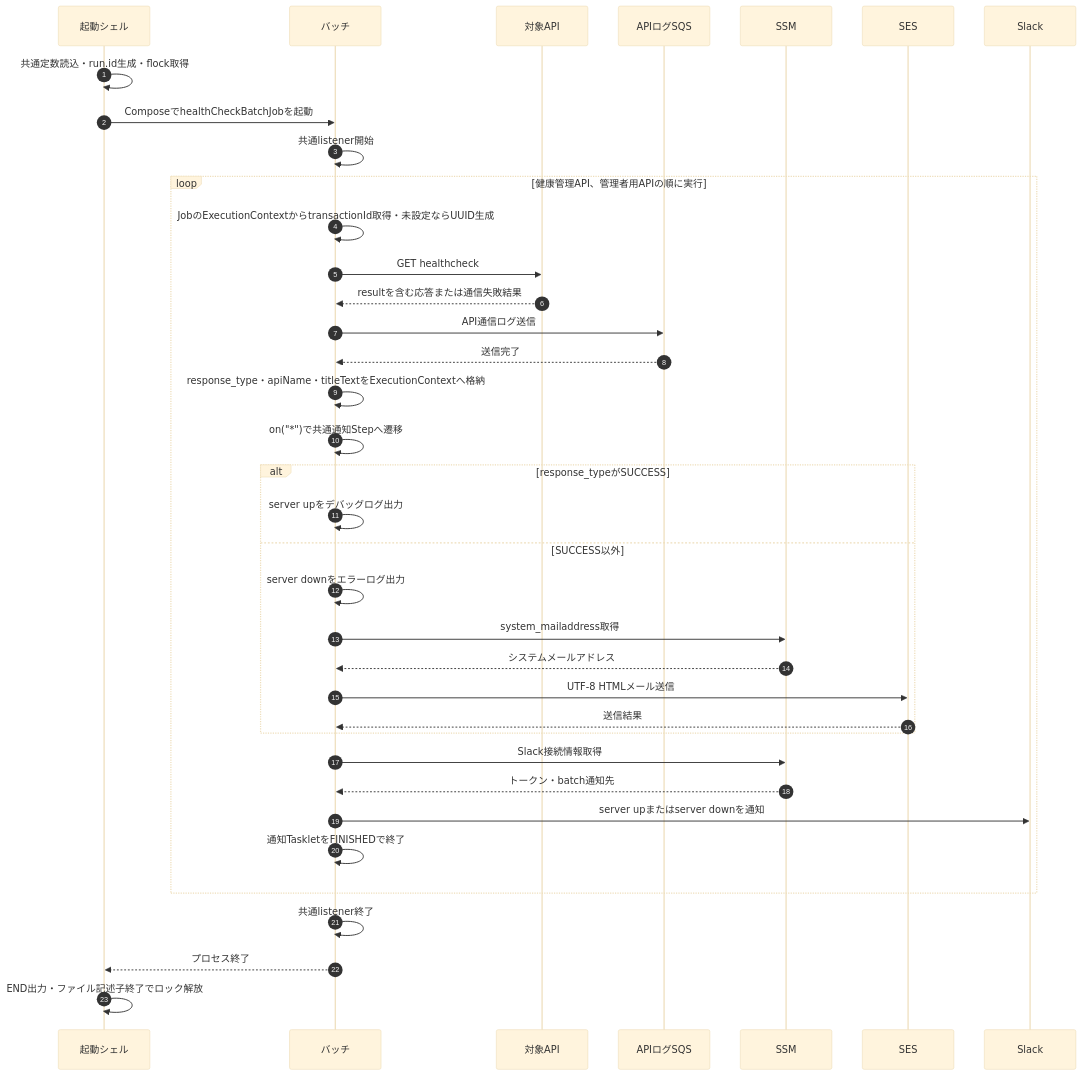
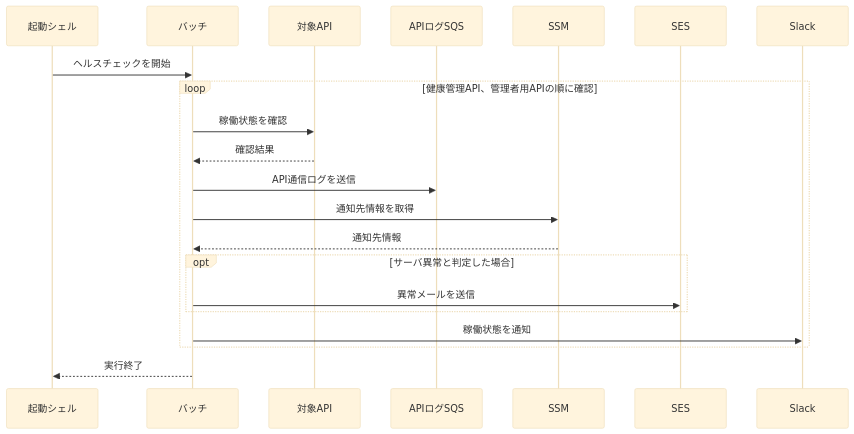
The first of 2 diagrams in ha-docs/design/03_batch/設計書_3.1.ヘルスチェックバッチ.md (kohei-okazaki/work-3g), drawn with Mermaid (base theme) before and after one commit. The commit also changed other lines of this file and 67 other files, not shown here.

````diff
--- a/ha-docs/design/03_batch/設計書_3.1.ヘルスチェックバッチ.md
+++ b/ha-docs/design/03_batch/設計書_3.1.ヘルスチェックバッチ.md
@@ -53,39 +12,23 @@
 ```mermaid
 sequenceDiagram
-    autonumber
     participant S as 起動シェル
     participant B as バッチ
     participant A as 対象API
     participant Q as APIログSQS
     participant P as SSM
     participant M as SES
     participant N as Slack
-    S->>S: 共通定数読込・run.id生成・flock取得
-    S->>B: ComposeでhealthCheckBatchJobを起動
-    B->>B: 共通listener開始
-    loop 健康管理API、管理者用APIの順に実行
-        B->>B: JobのExecutionContextからtransactionId取得・未設定ならUUID生成
-        B->>A: GET healthcheck
-        A-->>B: resultを含む応答または通信失敗結果
-        B->>Q: API通信ログ送信
-        Q-->>B: 送信完了
-        B->>B: response_type・apiName・titleTextをExecutionContextへ格納
-        B->>B: on("*")で共通通知Stepへ遷移
-        alt response_typeがSUCCESS
-            B->>B: server upをデバッグログ出力
-        else SUCCESS以外
-            B->>B: server downをエラーログ出力
-            B->>P: system_mailaddress取得
-            P-->>B: システムメールアドレス
-            B->>M: UTF-8 HTMLメール送信
-            M-->>B: 送信結果
+    S->>B: ヘルスチェックを開始
+    loop 健康管理API、管理者用APIの順に確認
+        B->>A: 稼働状態を確認
+        A-->>B: 確認結果
+        B->>Q: API通信ログを送信
+        B->>P: 通知先情報を取得
+        P-->>B: 通知先情報
+        opt サーバ異常と判定した場合
+            B->>M: 異常メールを送信
         end
-        B->>P: Slack接続情報取得
-        P-->>B: トークン・batch通知先
-        B->>N: server upまたはserver downを通知
-        B->>B: 通知TaskletをFINISHEDで終了
+        B->>N: 稼働状態を通知
     end
-    B->>B: 共通listener終了
-    B-->>S: プロセス終了
-    S->>S: END出力・ファイル記述子終了でロック解放
+    B-->>S: 実行終了
 ```
````
